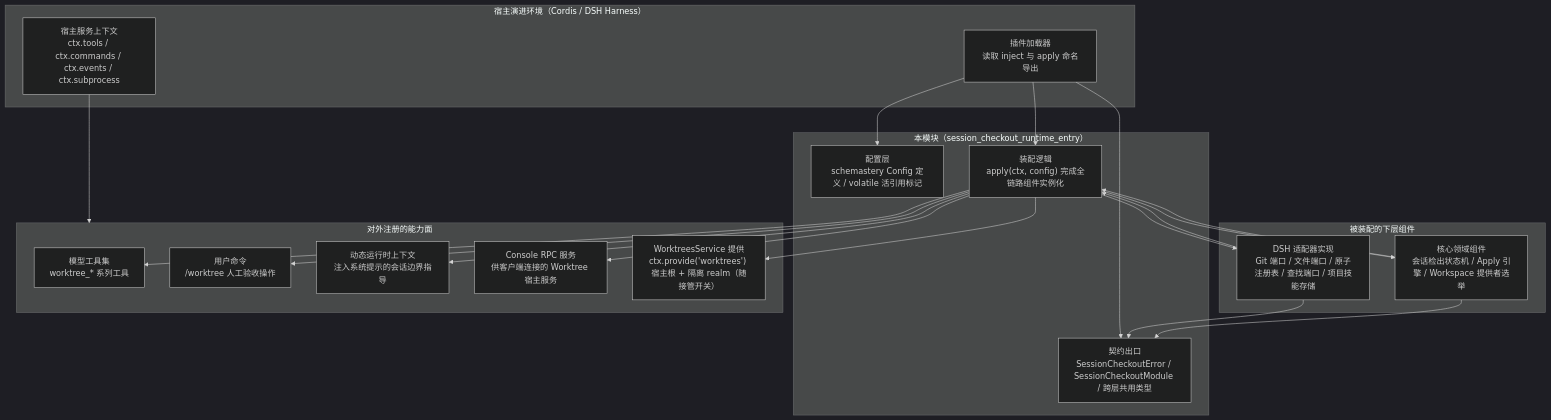
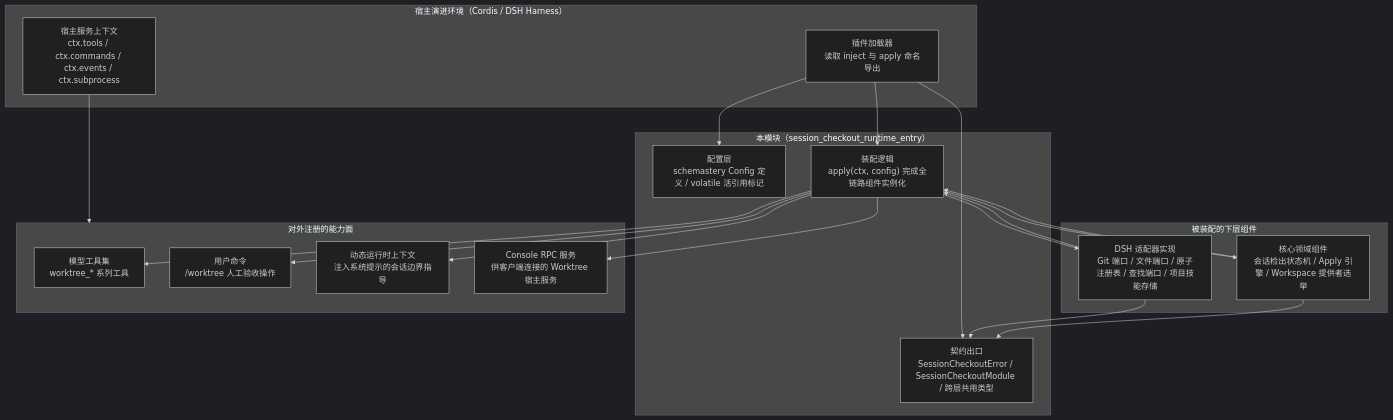
The diagram in .codewiki/_native-state/docs/core_worktree_domain_and_infrastructure/session_checkout_domain/session_checkout_runtime/session_checkout_runtime_entry.md (ikliml666/dsh-git-workspace), drawn with Mermaid (dark theme) before and after one commit. The commit also changed other lines of this file and 71 other files, not shown here.

````diff
--- a/.codewiki/_native-state/docs/core_worktree_domain_and_infrastructure/session_checkout_domain/session_checkout_runtime/session_checkout_runtime_entry.md
+++ b/.codewiki/_native-state/docs/core_worktree_domain_and_infrastructure/session_checkout_domain/session_checkout_runtime/session_checkout_runtime_entry.md
@@ -14,42 +14,42 @@
 ```mermaid
 flowchart TB
     subgraph HOST["宿主演进环境（Cordis / DSH Harness）"]
         LOADER["插件加载器<br/>读取 inject 与 apply 命名导出"]
         CTX["宿主服务上下文<br/>ctx.tools / ctx.commands / ctx.events / ctx.subprocess"]
     end
 
     subgraph ENTRY["本模块（session_checkout_runtime_entry）"]
         CONTRACT["契约出口<br/>SessionCheckoutError / SessionCheckoutModule / 跨层共用类型"]
         CFG["配置层<br/>schemastery Config 定义 / volatile 活引用标记"]
         ASSEMBLE["装配逻辑<br/>apply(ctx, config) 完成全链路组件实例化"]
     end
 
     subgraph DEPS["被装配的下层组件"]
         ADAPTERS["DSH 适配器实现<br/>Git 端口 / 文件端口 / 原子注册表 / 查找端口 / 项目技能存储"]
         DOMAIN["核心领域组件<br/>会话检出状态机 / Apply 引擎 / Workspace 提供者选举"]
     end
 
     subgraph SURFACE["对外注册的能力面"]
         TOOLS["模型工具集<br/>worktree_* 系列工具"]
         CMD["用户命令<br/>/worktree 人工验收操作"]
         RUNTIME_CTX["动态运行时上下文<br/>注入系统提示的会话边界指导"]
         CONSOLE_SVC["Console RPC 服务<br/>供客户端连接的 Worktree 宿主服务"]
-        WT_SVC["WorktreesService 提供<br/>ctx.provide('worktrees') 宿主根 + 隔离 realm（随接管开关）"]
+
     end
 
     LOADER --> CONTRACT
     LOADER --> CFG
     LOADER --> ASSEMBLE
     CTX --> SURFACE
     ASSEMBLE --> ADAPTERS
     ASSEMBLE --> DOMAIN
     ADAPTERS --> CONTRACT
     DOMAIN --> CONTRACT
     ADAPTERS --> ASSEMBLE
     DOMAIN --> ASSEMBLE
     ASSEMBLE --> TOOLS
     ASSEMBLE --> CMD
     ASSEMBLE --> RUNTIME_CTX
     ASSEMBLE --> CONSOLE_SVC
-    ASSEMBLE --> WT_SVC
+
 ```
````
